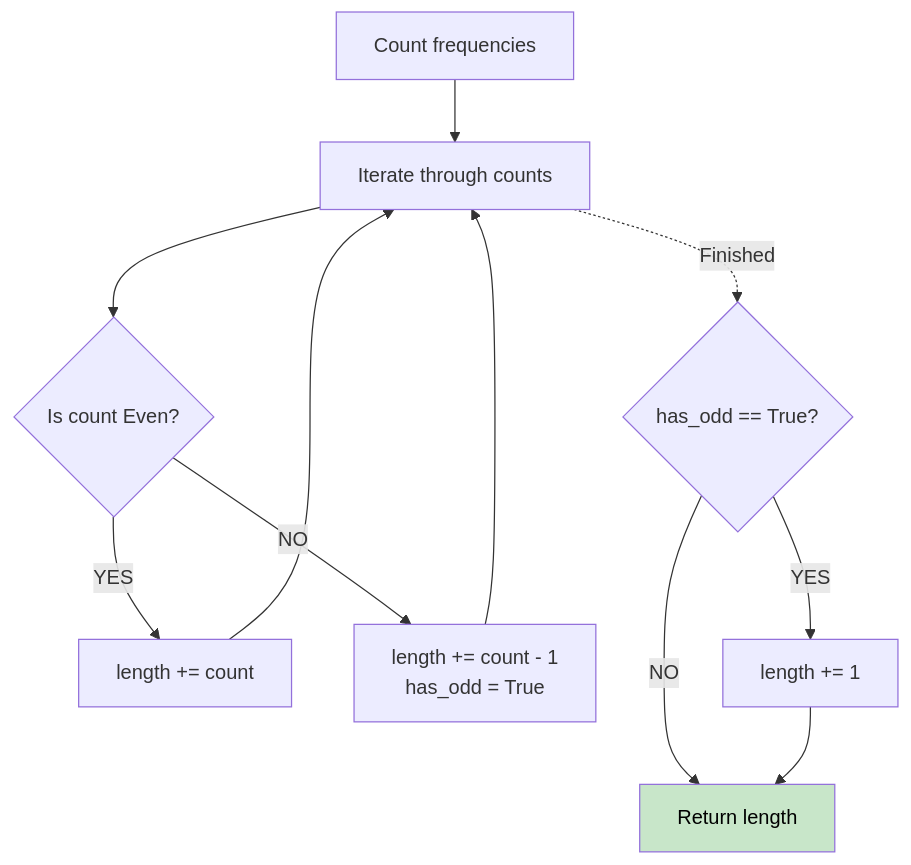
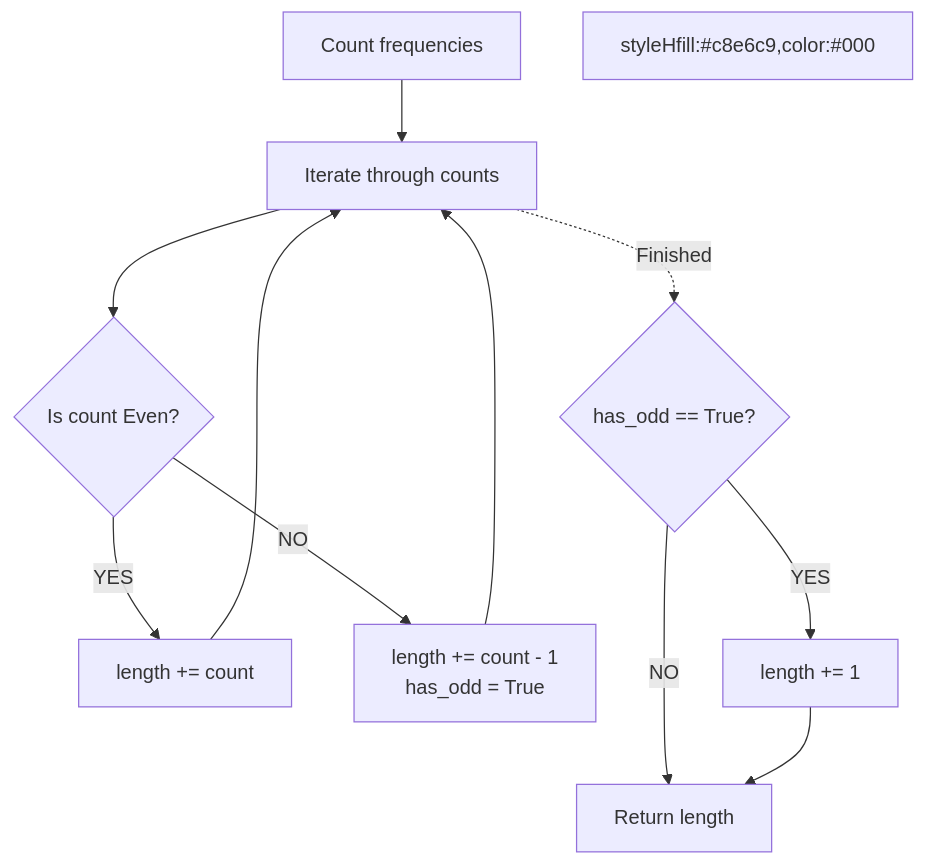
Before and after one commit to vadde/DSA: the diagram in 32 - Counting Pattern/problem_03_longest_palindrome_walkthrough.md, drawn with Mermaid. The commit also changed 245 other files, not shown here.

First line of the commit message:
fix: Forensic fix of all Mermaid rendering issues across entire DSA repo + add pre-commit validation infrastructure

````diff
--- a/32 - Counting Pattern/problem_03_longest_palindrome_walkthrough.md
+++ b/32 - Counting Pattern/problem_03_longest_palindrome_walkthrough.md
@@ -36,14 +36,14 @@
 ```mermaid
 flowchart TD
     A["Count frequencies"] --> B["Iterate through counts"]
     B --> C{"Is count Even?"}
     C -->|YES| D["length += count"]
     C -->|NO| E["length += count - 1\nhas_odd = True"]
     D & E --> B
     B -.->|Finished| F{"has_odd == True?"}
     F -->|YES| G["length += 1"]
     F -->|NO| H["Return length"]
     G --> H
-    
-    style H fill:#c8e6c9,color:#000
+
+styleHfill:#c8e6c9,color:#000
 ```
````
